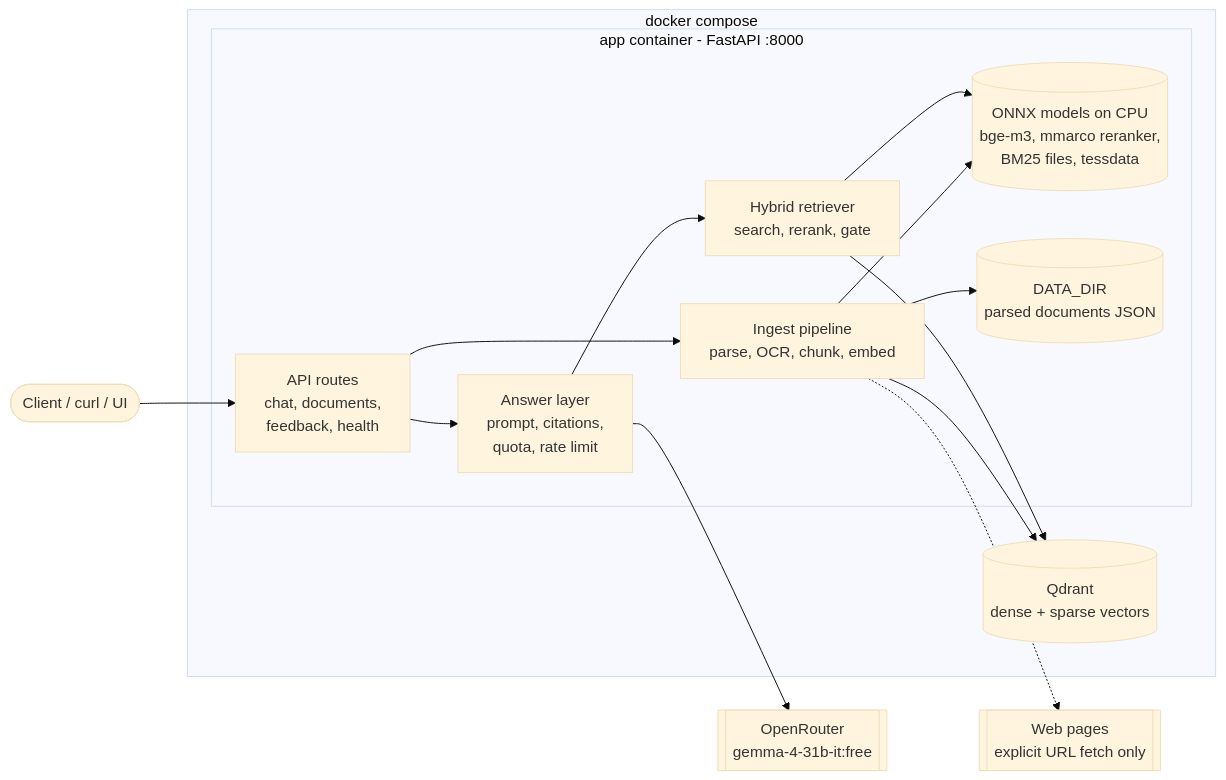
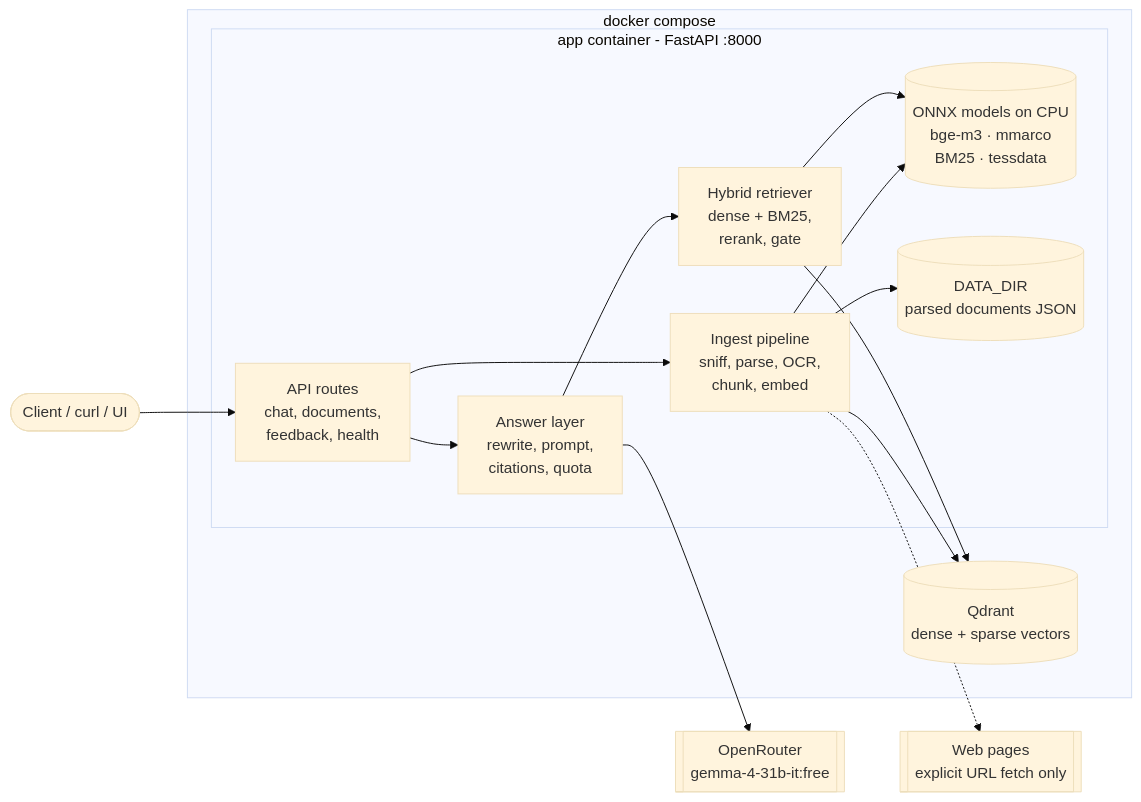
Before and after one commit to MicroClub-USTHB/micro-bot: the first of 4 diagrams in README.md, drawn with Mermaid (base theme). The commit also changed other lines of this file and 8 other files, not shown here.

````diff
--- a/README.md
+++ b/README.md
@@ -40,31 +88,31 @@
 ```mermaid
 flowchart LR
     client([Client / curl / UI])
 
     subgraph compose[docker compose]
         subgraph app[app container - FastAPI :8000]
             api[API routes<br/>chat, documents,<br/>feedback, health]
-            ingest[Ingest pipeline<br/>parse, OCR, chunk, embed]
-            retr[Hybrid retriever<br/>search, rerank, gate]
-            ans[Answer layer<br/>prompt, citations,<br/>quota, rate limit]
-            models[(ONNX models on CPU<br/>bge-m3, mmarco reranker,<br/>BM25 files, tessdata)]
+            ingest[Ingest pipeline<br/>sniff, parse, OCR,<br/>chunk, embed]
+            retr[Hybrid retriever<br/>dense + BM25,<br/>rerank, gate]
+            ans[Answer layer<br/>rewrite, prompt,<br/>citations, quota]
+            models[(ONNX models on CPU<br/>bge-m3 · mmarco<br/>BM25 · tessdata)]
             docs[(DATA_DIR<br/>parsed documents JSON)]
         end
         qdrant[(Qdrant<br/>dense + sparse vectors)]
     end
 
     llm[[OpenRouter<br/>gemma-4-31b-it:free]]
     web[[Web pages<br/>explicit URL fetch only]]
 
     client --> api
     api --> ingest
     api --> ans
     ans --> retr
     ingest --> models
     retr --> models
     ingest --> docs
     ingest --> qdrant
     retr --> qdrant
     ans --> llm
     ingest -.-> web
 ```
````
